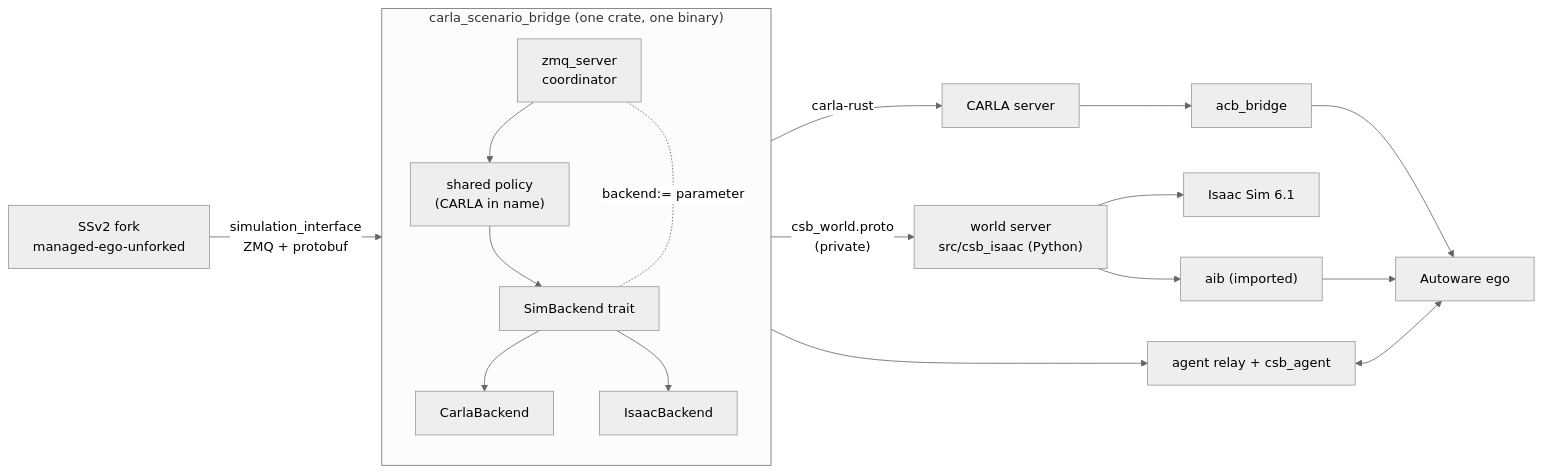
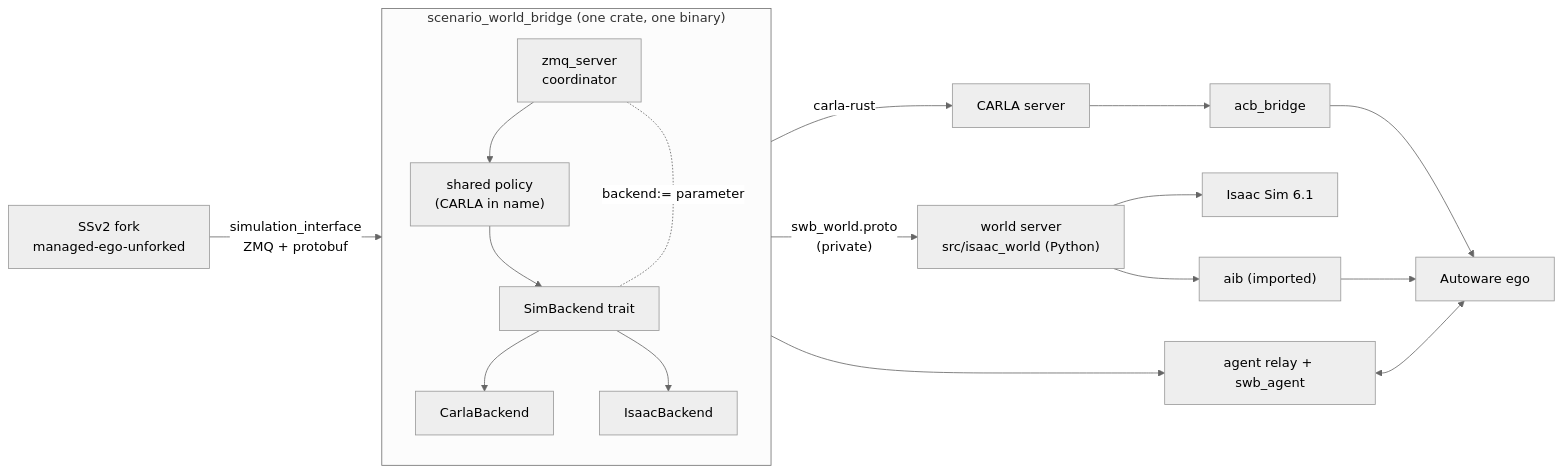
One commit to NEWSLabNTU/carla-scenario-bridge changed the first of 4 diagrams in docs/design/simulator-interface-split.md. Above: the diagram before and after it, drawn with Mermaid (neutral theme). The commit also changed other lines of this file and 442 other files, not shown here.

First line of the commit message:
refactor(046)!: rename carla-scenario-bridge to scenario-world-bridge (swb)

````diff
--- a/docs/design/simulator-interface-split.md
+++ b/docs/design/simulator-interface-split.md
@@ -52,31 +52,31 @@
 ```mermaid
 flowchart LR
     SSv2["SSv2 fork<br/>managed-ego-unforked"]
-    subgraph csb["carla_scenario_bridge (one crate, one binary)"]
+    subgraph swb["scenario_world_bridge (one crate, one binary)"]
         direction TB
         zmq["zmq_server<br/>coordinator"]
         policy["shared policy<br/>(CARLA in name)"]
         trait["SimBackend trait"]
         carla_b["CarlaBackend"]
         isaac_b["IsaacBackend"]
         zmq --> policy --> trait
         trait --> carla_b
         trait --> isaac_b
     end
     CARLA["CARLA server"]
-    WS["world server<br/>src/csb_isaac (Python)"]
+    WS["world server<br/>src/isaac_world (Python)"]
     Isaac["Isaac Sim 6.1"]
     acb["acb_bridge"]
     aib["aib (imported)"]
     AW["Autoware ego"]
-    relay["agent relay + csb_agent"]
+    relay["agent relay + swb_agent"]
     SSv2 -- "simulation_interface<br/>ZMQ + protobuf" --> zmq
     carla_b -- carla-rust --> CARLA
-    isaac_b -- "csb_world.proto<br/>(private)" --> WS --> Isaac
+    isaac_b -- "swb_world.proto<br/>(private)" --> WS --> Isaac
     WS --> aib
     CARLA --> acb --> AW
     aib --> AW
     zmq -. "backend:= parameter" .- trait
     relay <--> AW
     zmq --> relay
 ```
````
